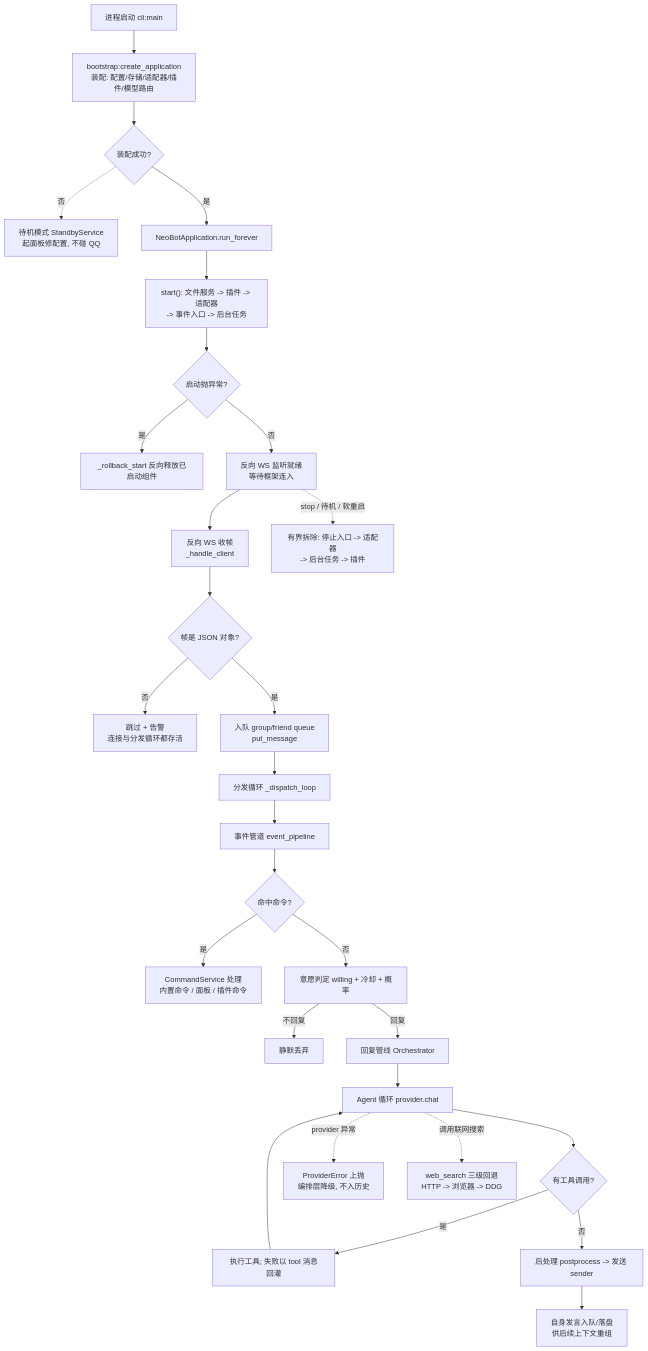
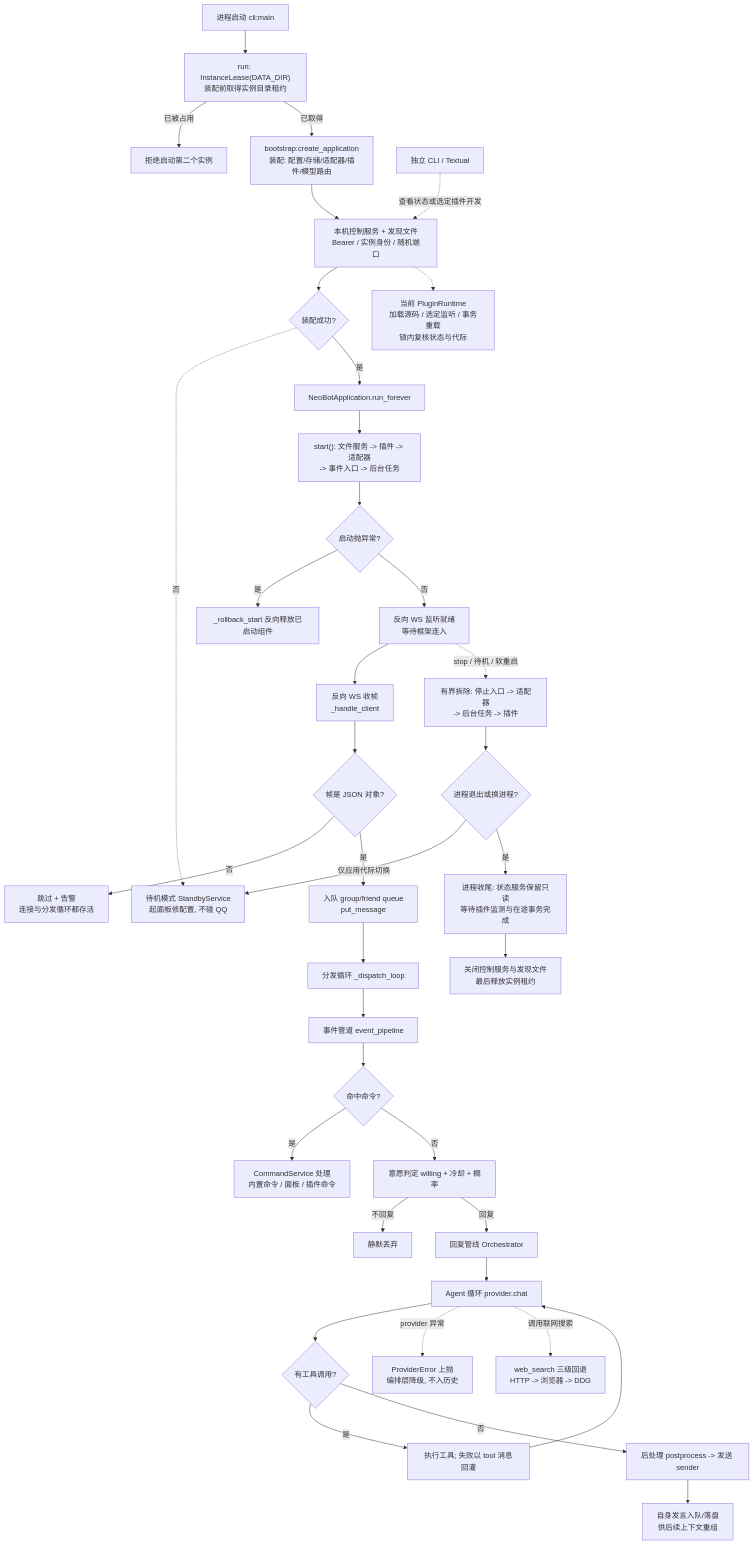
Before and after one commit to ABPolaris/NeoBot: the first of 2 diagrams in docs/flow/00-overview.md, drawn with Mermaid. The commit also changed other lines of this file and 381 other files, not shown here.

````diff
--- a/docs/flow/00-overview.md
+++ b/docs/flow/00-overview.md
@@ -30,34 +32,43 @@
 ```mermaid
 flowchart TD
-    A["进程启动 cli:main"] --> B["bootstrap:create_application<br/>装配: 配置/存储/适配器/插件/模型路由"]
-    B --> Z{装配成功?}
+    A["进程启动 cli:main"] --> AL["run: InstanceLease(DATA_DIR)<br/>装配前取得实例目录租约"]
+    AL -- 已被占用 --> AX["拒绝启动第二个实例"]
+    AL -- 已取得 --> B["bootstrap:create_application<br/>装配: 配置/存储/适配器/插件/模型路由"]
+    B --> LC["本机控制服务 + 发现文件<br/>Bearer / 实例身份 / 随机端口"]
+    LC --> Z{装配成功?}
+    UI["独立 CLI / Textual"] -. 查看状态或选定插件开发 .-> LC
     Z -. 否 .-> ZS["待机模式 StandbyService<br/>起面板修配置, 不碰 QQ"]
     Z -- 是 --> C["NeoBotApplication.run_forever"]
     C --> C1["start(): 文件服务 -> 插件 -> 适配器<br/>-> 事件入口 -> 后台任务"]
     C1 --> D{启动抛异常?}
     D -- 是 --> D1["_rollback_start 反向释放已启动组件"]
     D -- 否 --> E["反向 WS 监听就绪<br/>等待框架连入"]
 
     E --> F["反向 WS 收帧<br/>_handle_client"]
     F --> G{帧是 JSON 对象?}
     G -- 否 --> G1["跳过 + 告警<br/>连接与分发循环都存活"]
     G -- 是 --> H["入队 group/friend queue<br/>put_message"]
     H --> I["分发循环 _dispatch_loop"]
     I --> J["事件管道 event_pipeline"]
 
     J --> K{命中命令?}
     K -- 是 --> K1["CommandService 处理<br/>内置命令 / 面板 / 插件命令"]
     K -- 否 --> L["意愿判定 willing + 冷却 + 概率"]
     L -- 不回复 --> M1["静默丢弃"]
     L -- 回复 --> M["回复管线 Orchestrator"]
     M --> N["Agent 循环 provider.chat"]
     N --> O{有工具调用?}
     O -- 是 --> O1["执行工具; 失败以 tool 消息回灌"]
     O1 --> N
     O -- 否 --> P["后处理 postprocess -> 发送 sender"]
     P --> Q["自身发言入队/落盘<br/>供后续上下文重组"]
 
     N -.->|provider 异常| NX["ProviderError 上抛<br/>编排层降级, 不入历史"]
     N -.->|调用联网搜索| S1["web_search 三级回退<br/>HTTP -> 浏览器 -> DDG"]
+    LC -.-> PD["当前 PluginRuntime<br/>加载源码 / 选定监听 / 事务重载<br/>锁内复核状态与代际"]
     E -.->|stop / 待机 / 软重启| R["有界拆除: 停止入口 -> 适配器<br/>-> 后台任务 -> 插件"]
+    R --> RP{"进程退出或换进程?"}
+    RP -- 仅应用代际切换 --> ZS
+    RP -- 是 --> RC["进程收尾: 状态服务保留只读<br/>等待插件监测与在途事务完成"]
+    RC --> RX["关闭控制服务与发现文件<br/>最后释放实例租约"]
 ```
````
